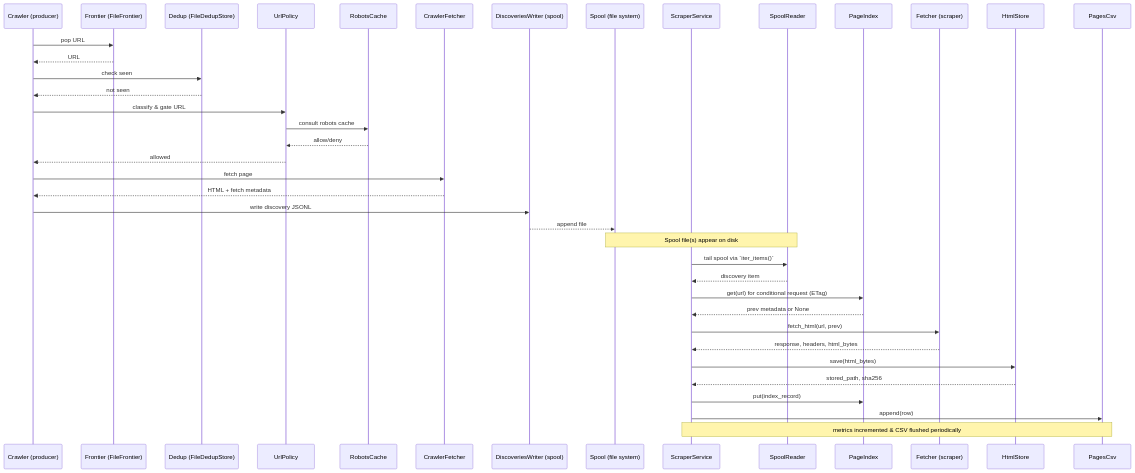
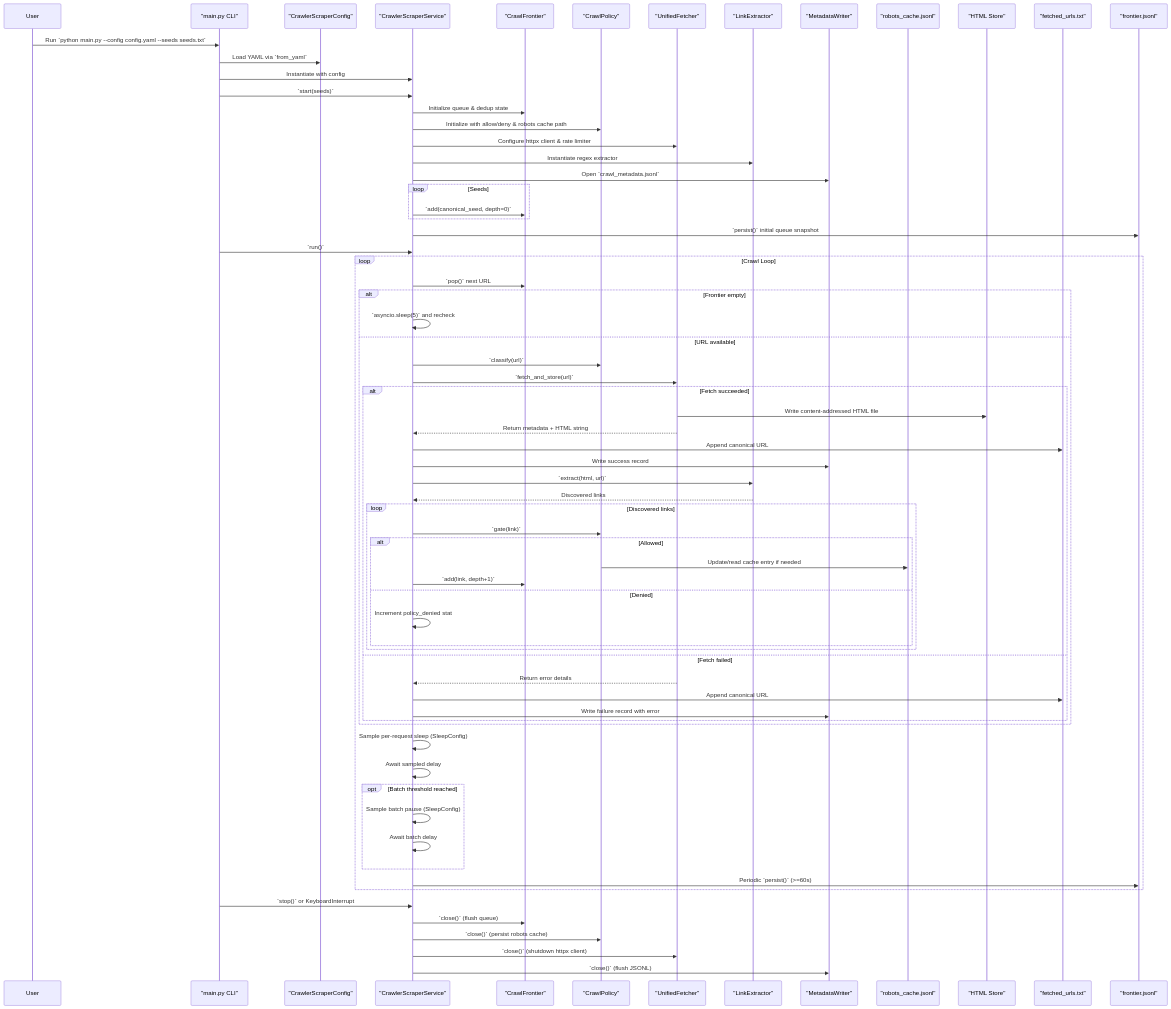
The second of 2 diagrams in ARCHITECTURE.md (andrejvysny/fiit-vinf), drawn with Mermaid before and after one commit. The commit also changed other lines of this file and 38 other files, not shown here.

````diff
--- a/ARCHITECTURE.md
+++ b/ARCHITECTURE.md
@@ -116,45 +114,75 @@
 ```mermaid
 sequenceDiagram
-    participant Crawler as Crawler (producer)
-    participant Frontier as Frontier (FileFrontier)
-    participant Dedup as Dedup (FileDedupStore)
-    participant Policy as UrlPolicy
-    participant Robots as RobotsCache
-    participant Fetcher as CrawlerFetcher
-    participant Discoveries as DiscoveriesWriter (spool)
-    participant Spool as Spool (file system)
-    participant Scraper as ScraperService
-    participant SpoolReader as SpoolReader
-    participant PageIndex as PageIndex
-    participant FetcherS as Fetcher (scraper)
-    participant HtmlStore as HtmlStore
-    participant PagesCsv as PagesCsv
+  participant User
+  participant CLI as "main.py CLI"
+  participant Config as "CrawlerScraperConfig"
+  participant Service as "CrawlerScraperService"
+  participant Frontier as "CrawlFrontier"
+  participant Policy as "CrawlPolicy"
+  participant Fetcher as "UnifiedFetcher"
+  participant Extractor as "LinkExtractor"
+  participant Metadata as "MetadataWriter"
+  participant Robots as "robots_cache.jsonl"
+  participant HTML as "HTML Store"
+  participant Fetched as "fetched_urls.txt"
+  participant FrontierFile as "frontier.jsonl"
 
-    Crawler->>Frontier: pop URL
-    Frontier-->>Crawler: URL
-    Crawler->>Dedup: check seen
-    Dedup-->>Crawler: not seen
-    Crawler->>Policy: classify & gate URL
-    Policy->>Robots: consult robots cache
-    Robots-->>Policy: allow/deny
-    Policy-->>Crawler: allowed
-    Crawler->>Fetcher: fetch page
-    Fetcher-->>Crawler: HTML + fetch metadata
-    Crawler->>Discoveries: write discovery JSONL
-    Discoveries-->>Spool: append file
+  User->>CLI: Run `python main.py --config config.yaml --seeds seeds.txt`
+  CLI->>Config: Load YAML via `from_yaml`
+  CLI->>Service: Instantiate with config
+  CLI->>Service: `start(seeds)`
+  Service->>Frontier: Initialize queue & dedup state
+  Service->>Policy: Initialize with allow/deny & robots cache path
+  Service->>Fetcher: Configure httpx client & rate limiter
+  Service->>Extractor: Instantiate regex extractor
+  Service->>Metadata: Open `crawl_metadata.jsonl`
+  loop Seeds
+    Service->>Frontier: `add(canonical_seed, depth=0)`
+  end
+  Service->>FrontierFile: `persist()` initial queue snapshot
+  CLI->>Service: `run()`
 
-    Note over Spool,SpoolReader: Spool file(s) appear on disk
+  loop Crawl Loop
+    Service->>Frontier: `pop()` next URL
+    alt Frontier empty
+      Service->>Service: `asyncio.sleep(5)` and recheck
+    else URL available
+      Service->>Policy: `classify(url)`
+      Service->>Fetcher: `fetch_and_store(url)`
+      alt Fetch succeeded
+        Fetcher->>HTML: Write content-addressed HTML file
+        Fetcher-->>Service: Return metadata + HTML string
+        Service->>Fetched: Append canonical URL
+        Service->>Metadata: Write success record
+        Service->>Extractor: `extract(html, url)`
+        Extractor-->>Service: Discovered links
+        loop Discovered links
+          Service->>Policy: `gate(link)`
+          alt Allowed
+            Policy->>Robots: Update/read cache entry if needed
+            Service->>Frontier: `add(link, depth+1)`
+          else Denied
+            Service->>Service: Increment policy_denied stat
+          end
+        end
+      else Fetch failed
+        Fetcher-->>Service: Return error details
+        Service->>Fetched: Append canonical URL
+        Service->>Metadata: Write failure record with error
+      end
+    end
+    Service->>Service: Sample per-request sleep (SleepConfig)
+    Service->>Service: Await sampled delay
+    opt Batch threshold reached
+      Service->>Service: Sample batch pause (SleepConfig)
+      Service->>Service: Await batch delay
+    end
+    Service->>FrontierFile: Periodic `persist()` (>=60s)
+  end
 
-    Scraper->>SpoolReader: tail spool via `iter_items()`
-    SpoolReader-->>Scraper: discovery item
-    Scraper->>PageIndex: get(url) for conditional request (ETag)
-    PageIndex-->>Scraper: prev metadata or None
-    Scraper->>FetcherS: fetch_html(url, prev)
-    FetcherS-->>Scraper: response, headers, html_bytes
-    Scraper->>HtmlStore: save(html_bytes)
-    HtmlStore-->>Scraper: stored_path, sha256
-    Scraper->>PageIndex: put(index_record)
-    Scraper->>PagesCsv: append(row)
-
-    Note over Scraper,PagesCsv: metrics incremented & CSV flushed periodically
+  CLI->>Service: `stop()` or KeyboardInterrupt
+  Service->>Frontier: `close()` (flush queue)
+  Service->>Policy: `close()` (persist robots cache)
+  Service->>Fetcher: `close()` (shutdown httpx client)
+  Service->>Metadata: `close()` (flush JSONL)
 ```
````
